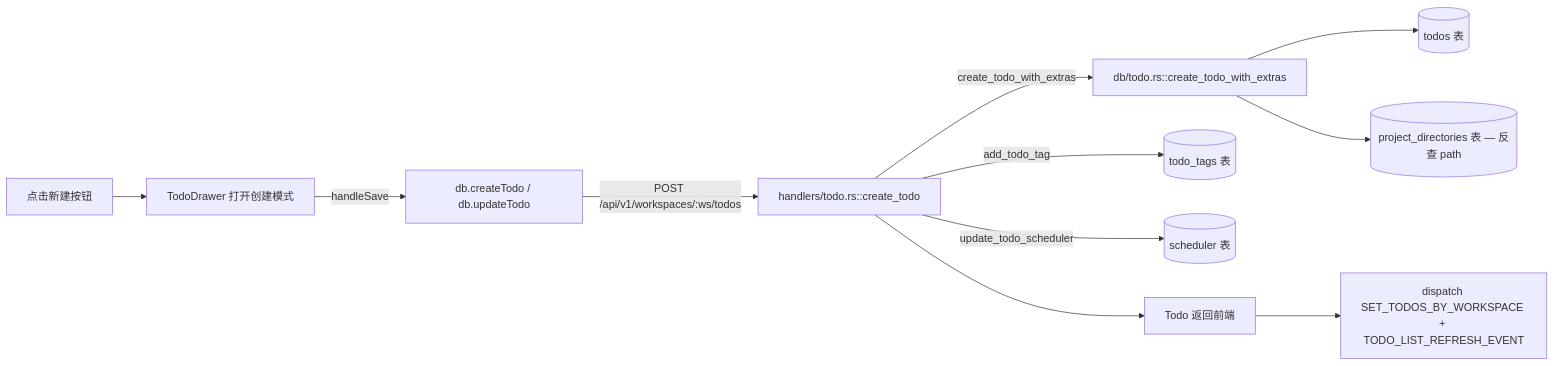
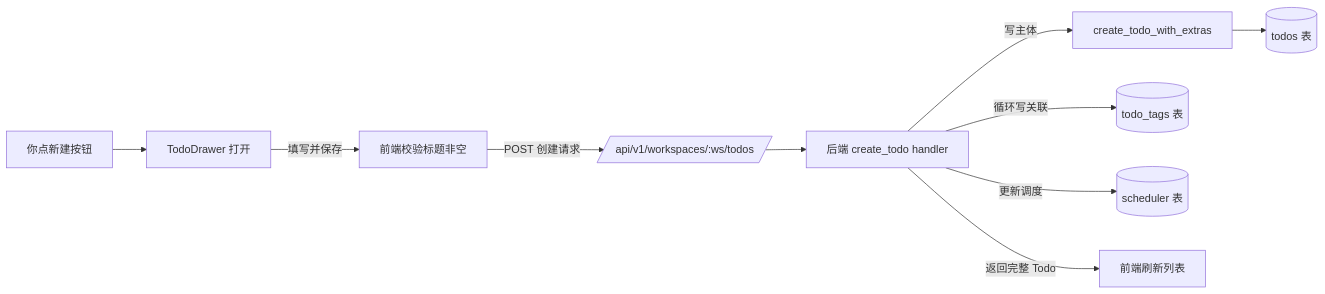
The first of 2 diagrams in frontend/src/help/pages/todo-list-create.md (weibaohui/ntd), drawn with Mermaid before and after one commit. The commit also changed other lines of this file and 2 other files, not shown here.

````diff
--- a/frontend/src/help/pages/todo-list-create.md
+++ b/frontend/src/help/pages/todo-list-create.md
@@ -9,13 +28,12 @@
 ```mermaid
 flowchart LR
-  U[点击新建按钮] --> TD[TodoDrawer 打开创建模式]
-  TD -->|handleSave| DB_FE[db.createTodo / db.updateTodo]
-  DB_FE -->|POST /api/v1/workspaces/:ws/todos| H[handlers/todo.rs::create_todo]
-  H -->|create_todo_with_extras| DAO[db/todo.rs::create_todo_with_extras]
+  U[你点新建按钮] --> TD[TodoDrawer 打开]
+  TD -->|填写并保存| FE[前端校验标题非空]
+  FE -->|POST 创建请求| API[/api/v1/workspaces/:ws/todos/]
+  API --> H[后端 create_todo handler]
+  H -->|写主体| DAO[create_todo_with_extras]
   DAO --> T[(todos 表)]
-  DAO --> WS[(project_directories 表 — 反查 path)]
-  H -->|add_todo_tag| TT[(todo_tags 表)]
-  H -->|update_todo_scheduler| SC[(scheduler 表)]
-  H --> OK[Todo 返回前端]
-  OK --> REFRESH[dispatch SET_TODOS_BY_WORKSPACE + TODO_LIST_REFRESH_EVENT]
+  H -->|循环写关联| TT[(todo_tags 表)]
+  H -->|更新调度| SC[(scheduler 表)]
+  H -->|返回完整 Todo| OK[前端刷新列表]
 ```
````
